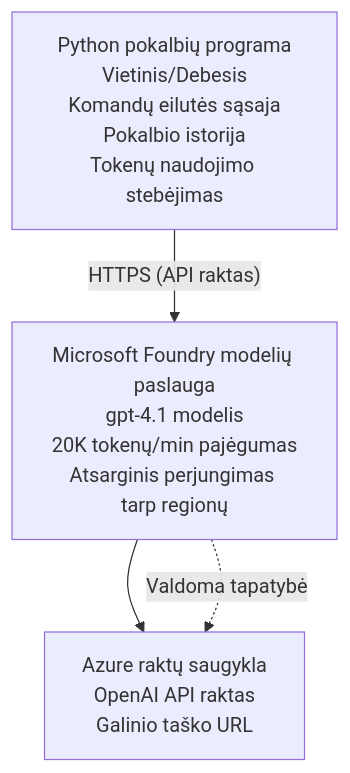
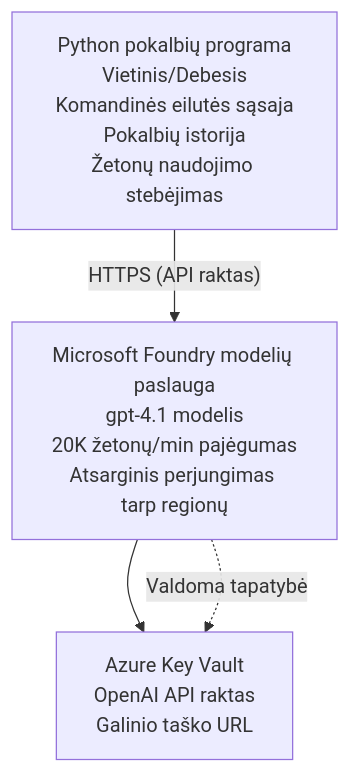
One commit to microsoft/AZD-for-beginners changed the diagram in translations/lt/examples/azure-openai-chat/README.md. Above: the diagram before and after it, drawn with Mermaid. The commit also changed other lines of this file and 104 other files, not shown here.

````diff
--- a/translations/lt/examples/azure-openai-chat/README.md
+++ b/translations/lt/examples/azure-openai-chat/README.md
@@ -26,6 +26,6 @@
 ```mermaid
 graph TD
-    App[Python pokalbių programa<br/>Vietinis/Debesis<br/>Komandų eilutės sąsaja<br/>Pokalbio istorija<br/>Tokenų naudojimo stebėjimas] -- "HTTPS (API raktas)" --> Foundry[Microsoft Foundry modelių paslauga<br/>gpt-4.1 modelis<br/>20K tokenų/min pajėgumas<br/>Atsarginis perjungimas tarp regionų]
-    Foundry --> KV[Azure raktų saugykla<br/>OpenAI API raktas<br/>Galinio taško URL]
+    App[Python pokalbių programa<br/>Vietinis/Debesis<br/>Komandinės eilutės sąsaja<br/>Pokalbių istorija<br/>Žetonų naudojimo stebėjimas] -- "HTTPS (API raktas)" --> Foundry[Microsoft Foundry modelių paslauga<br/>gpt-4.1 modelis<br/>20K žetonų/min pajėgumas<br/>Atsarginis perjungimas tarp regionų]
+    Foundry --> KV[Azure Key Vault<br/>OpenAI API raktas<br/>Galinio taško URL]
     Foundry -. Valdoma tapatybė .-> KV
 ```
````
